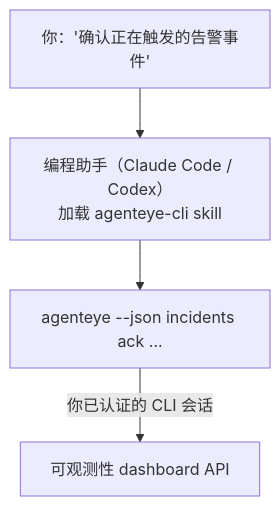
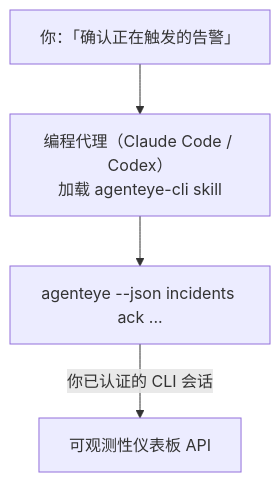
One commit to FailproofAI/failproofai changed the diagram in docs/zh/agenteye/cli-skill.mdx. Above: the diagram before and after it, drawn with Mermaid. The commit also changed other lines of this file and 650 other files, not shown here.

````diff
--- a/docs/zh/agenteye/cli-skill.mdx
+++ b/docs/zh/agenteye/cli-skill.mdx
@@ -28,6 +28,6 @@
 ```mermaid
 flowchart TD
-    YOU["你：'确认正在触发的告警事件'"] --> AGENT["编程助手（Claude Code / Codex）<br/>加载 agenteye-cli skill"]
+    YOU["你：「确认正在触发的告警」"] --> AGENT["编程代理（Claude Code / Codex）<br/>加载 agenteye-cli skill"]
     AGENT --> CLI["agenteye --json incidents ack ..."]
-    CLI -->|你已认证的 CLI 会话| API["可观测性 dashboard API"]
+    CLI -->|你已认证的 CLI 会话| API["可观测性仪表板 API"]
 ```
````
